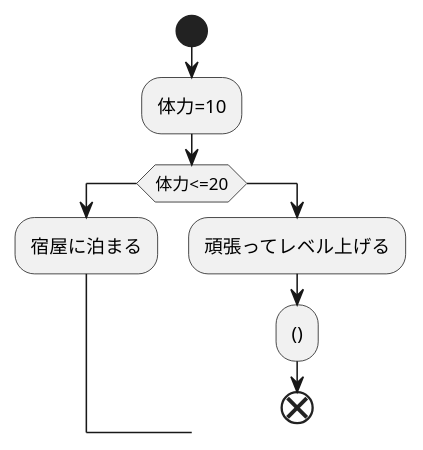
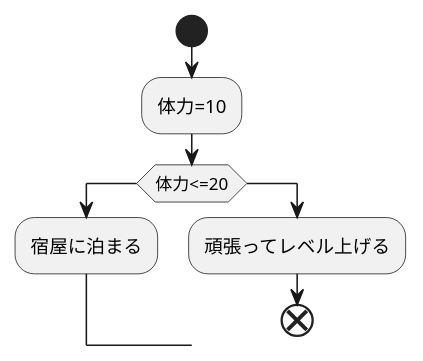
One commit to Aso2001378/2021sys-design changed the diagram in kadai1.md. Above: the diagram before and after it, drawn with PlantUML.

````diff
--- a/kadai1.md
+++ b/kadai1.md
@@ -1,12 +1,11 @@
 ```uml
 @startuml
 start
 :体力=10;
 if(体力<=20)
 :宿屋に泊まる;
 else
 :頑張ってレベル上げる;
-:();
 end
 @enduml
 ```
````
